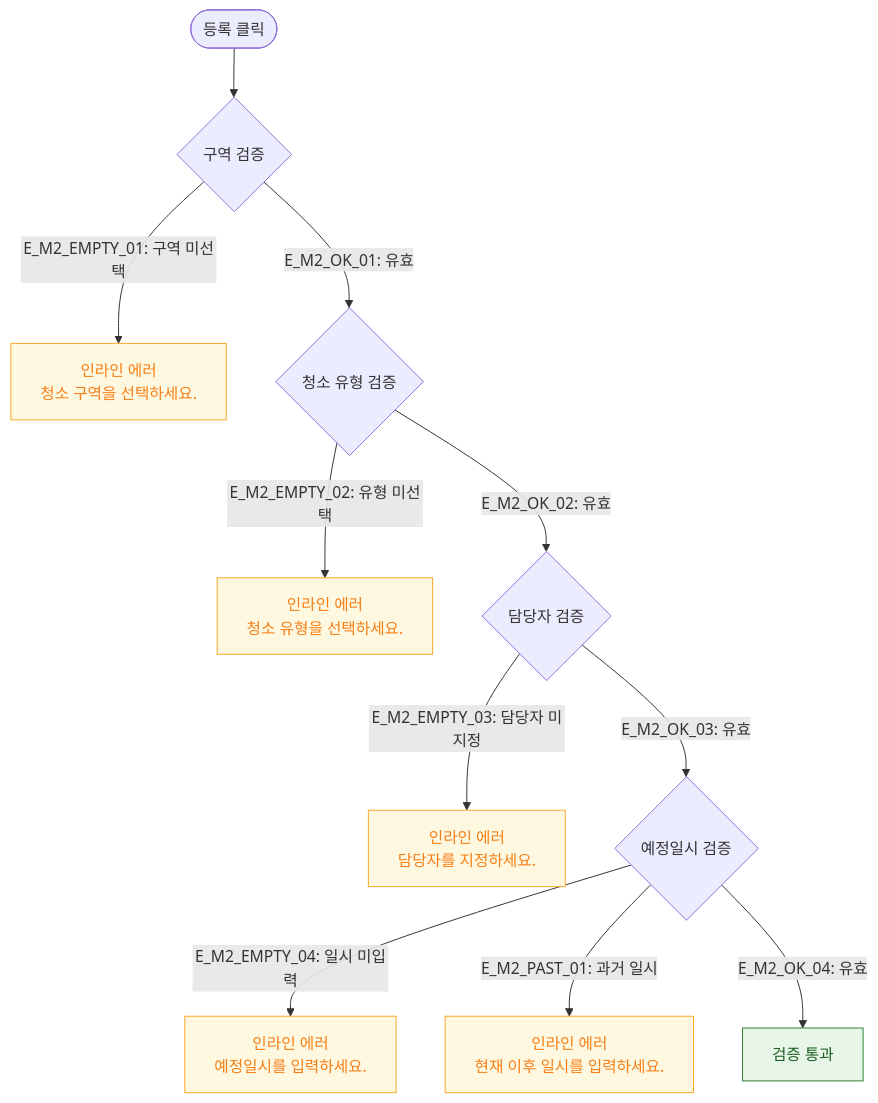
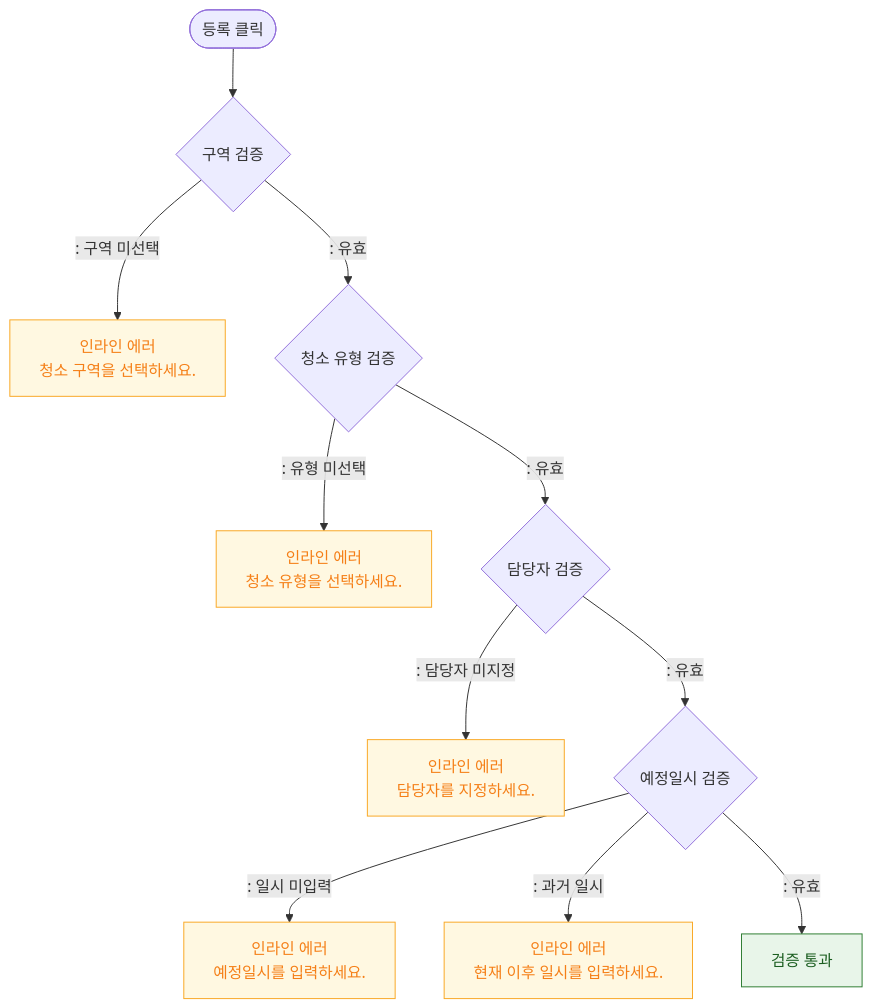
One commit to dev-spogym/admin-pando changed the diagram in docs/다이어그램/D06_시설관리/DLG/DLG-058-001_청소스케줄등록/M2_필드검증.md. Above: the diagram before and after it, drawn with Mermaid. The commit also changed other lines of this file and 1660 other files, not shown here.

First line of the commit message:
다이어그램: 기획자/클라이언트 납품본으로 정리

````diff
--- a/docs/다이어그램/D06_시설관리/DLG/DLG-058-001_청소스케줄등록/M2_필드검증.md
+++ b/docs/다이어그램/D06_시설관리/DLG/DLG-058-001_청소스케줄등록/M2_필드검증.md
@@ -16,18 +14,18 @@
 ```mermaid
 flowchart TD
     SUBMIT([등록 클릭]) --> V1{구역 검증}
-    V1 -->|"E_M2_EMPTY_01: 구역 미선택"| ErrZone[인라인 에러\n청소 구역을 선택하세요.]
-    V1 -->|"E_M2_OK_01: 유효"| V2{청소 유형 검증}
-    V2 -->|"E_M2_EMPTY_02: 유형 미선택"| ErrType[인라인 에러\n청소 유형을 선택하세요.]
-    V2 -->|"E_M2_OK_02: 유효"| V3{담당자 검증}
-    V3 -->|"E_M2_EMPTY_03: 담당자 미지정"| ErrAssignee[인라인 에러\n담당자를 지정하세요.]
-    V3 -->|"E_M2_OK_03: 유효"| V4{예정일시 검증}
-    V4 -->|"E_M2_EMPTY_04: 일시 미입력"| ErrDate[인라인 에러\n예정일시를 입력하세요.]
-    V4 -->|"E_M2_PAST_01: 과거 일시"| ErrPast[인라인 에러\n현재 이후 일시를 입력하세요.]
-    V4 -->|"E_M2_OK_04: 유효"| PASS[검증 통과]
+    V1 -->|": 구역 미선택"|ErrZone[인라인 에러\n청소 구역을 선택하세요.]
+    V1 -->|": 유효"|V2{청소 유형 검증}
+    V2 -->|": 유형 미선택"|ErrType[인라인 에러\n청소 유형을 선택하세요.]
+    V2 -->|": 유효"|V3{담당자 검증}
+    V3 -->|": 담당자 미지정"|ErrAssignee[인라인 에러\n담당자를 지정하세요.]
+    V3 -->|": 유효"|V4{예정일시 검증}
+    V4 -->|": 일시 미입력"|ErrDate[인라인 에러\n예정일시를 입력하세요.]
+    V4 -->|": 과거 일시"|ErrPast[인라인 에러\n현재 이후 일시를 입력하세요.]
+    V4 -->|": 유효"|PASS[검증 통과]
 
     classDef warning fill:#FFF8E1,stroke:#F9A825,color:#F57F17
     classDef success fill:#E8F5E9,stroke:#2E7D32,color:#1B5E20
     class ErrZone,ErrType,ErrAssignee,ErrDate,ErrPast warning
     class PASS success
 ```
````
